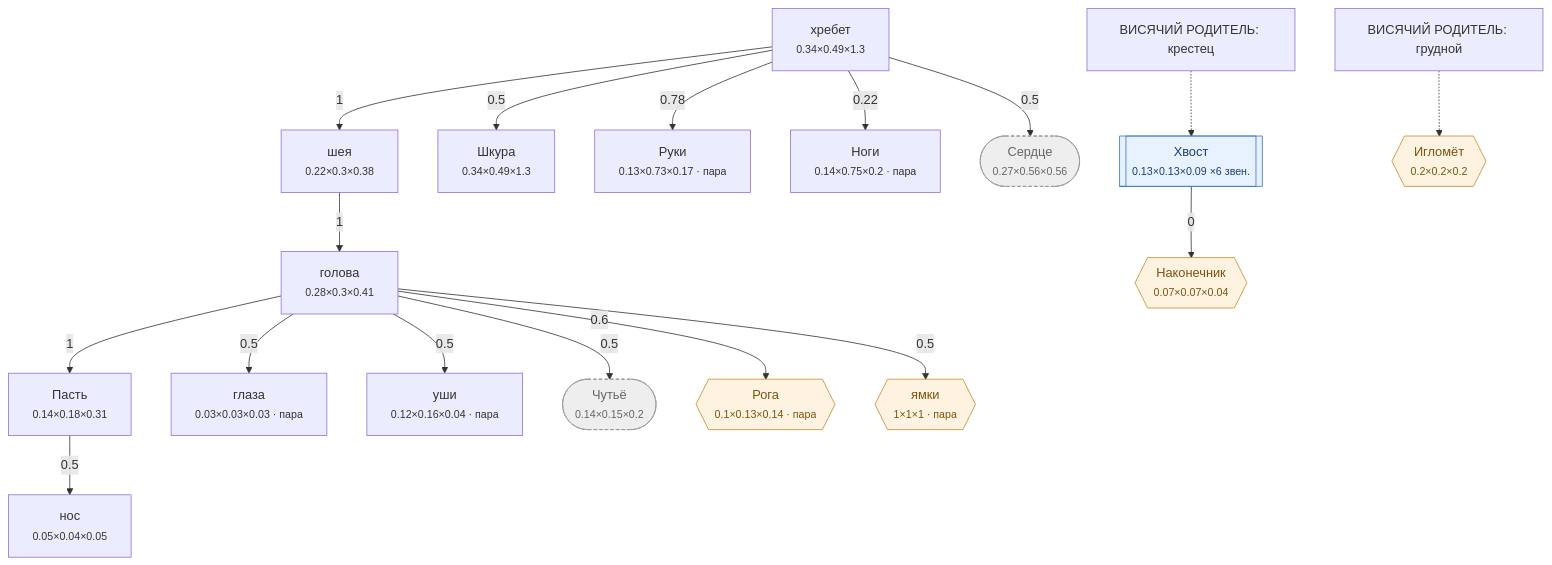
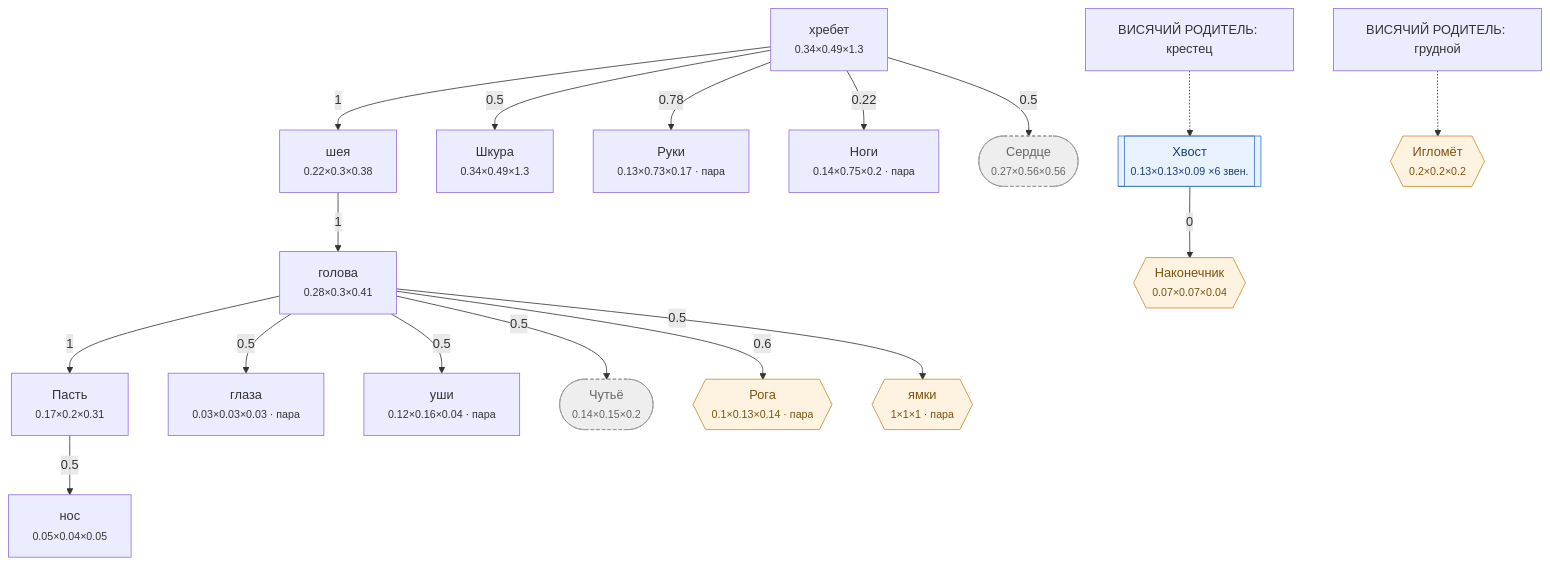
The diagram in Docs/Диаграммы/Волк.md (darklordshish/ChimeraEvolution-2026-06-26_15-29-59), drawn with Mermaid before and after one commit. The commit also changed other lines of this file and 14 other files, not shown here.

````diff
--- a/Docs/Диаграммы/Волк.md
+++ b/Docs/Диаграммы/Волк.md
@@ -61,44 +61,44 @@
 ```mermaid
 flowchart TD
     n0["хребет<br/><small>0.34×0.49×1.3</small>"]
     n1["нос<br/><small>0.05×0.04×0.05</small>"]
     n2["голова<br/><small>0.28×0.3×0.41</small>"]
-    n3["Пасть<br/><small>0.14×0.18×0.31</small>"]
+    n3["Пасть<br/><small>0.17×0.2×0.31</small>"]
     n4["глаза<br/><small>0.03×0.03×0.03 · пара</small>"]
     n5["уши<br/><small>0.12×0.16×0.04 · пара</small>"]
     n6["шея<br/><small>0.22×0.3×0.38</small>"]
     n7["Шкура<br/><small>0.34×0.49×1.3</small>"]
     n8["Руки<br/><small>0.13×0.73×0.17 · пара</small>"]
     n9["Ноги<br/><small>0.14×0.75×0.2 · пара</small>"]
     n10[["Хвост<br/><small>0.13×0.13×0.09 ×6 звен.</small>"]]
     n11(["Сердце<br/><small>0.27×0.56×0.56</small>"])
     n12(["Чутьё<br/><small>0.14×0.15×0.2</small>"])
     n13{{"Рога<br/><small>0.1×0.13×0.14 · пара</small>"}}
     n14{{"Наконечник<br/><small>0.07×0.07×0.04</small>"}}
     n15{{"Игломёт<br/><small>0.2×0.2×0.2</small>"}}
     n16{{"ямки<br/><small>1×1×1 · пара</small>"}}
 
     n3 -->|0.5| n1
     n6 -->|1| n2
     n2 -->|1| n3
     n2 -->|0.5| n4
     n2 -->|0.5| n5
     n0 -->|1| n6
     n0 -->|0.5| n7
     n0 -->|0.78| n8
     n0 -->|0.22| n9
     broken_n10["ВИСЯЧИЙ РОДИТЕЛЬ: крестец"] -.-> n10
     n0 -->|0.5| n11
     n2 -->|0.5| n12
     n2 -->|0.6| n13
     n10 -->|0| n14
     broken_n15["ВИСЯЧИЙ РОДИТЕЛЬ: грудной"] -.-> n15
     n2 -->|0.5| n16
 
     classDef hid fill:#eee,stroke:#999,stroke-dasharray:4 3,color:#666
     classDef gr fill:#fdf3e0,stroke:#c98a2b,color:#7a5310
     classDef ch fill:#e8f2ff,stroke:#3b74c4,color:#1c3f70
     class n11,n12 hid
     class n13,n14,n15,n16 gr
     class n10 ch
 ```
````
